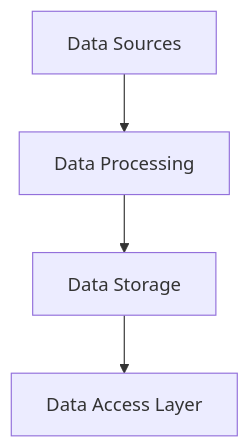
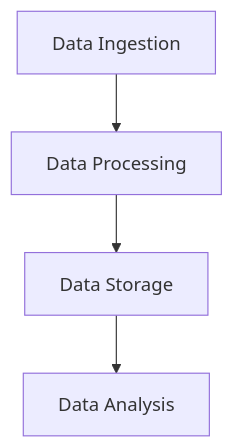
Before and after one commit to nogeniuss/arquiteturas-de-software: the ninth of 15 diagrams in README.md, drawn with Mermaid. The commit also changed other lines of this file, not shown here.

````diff
--- a/README.md
+++ b/README.md
@@ -89,6 +77,6 @@
 ```mermaid
 graph TD
-    A[Data Sources] --> B[Data Processing]
+    A[Data Ingestion] --> B[Data Processing]
     B --> C[Data Storage]
-    C --> D[Data Access Layer]
+    C --> D[Data Analysis]
 ```
````
